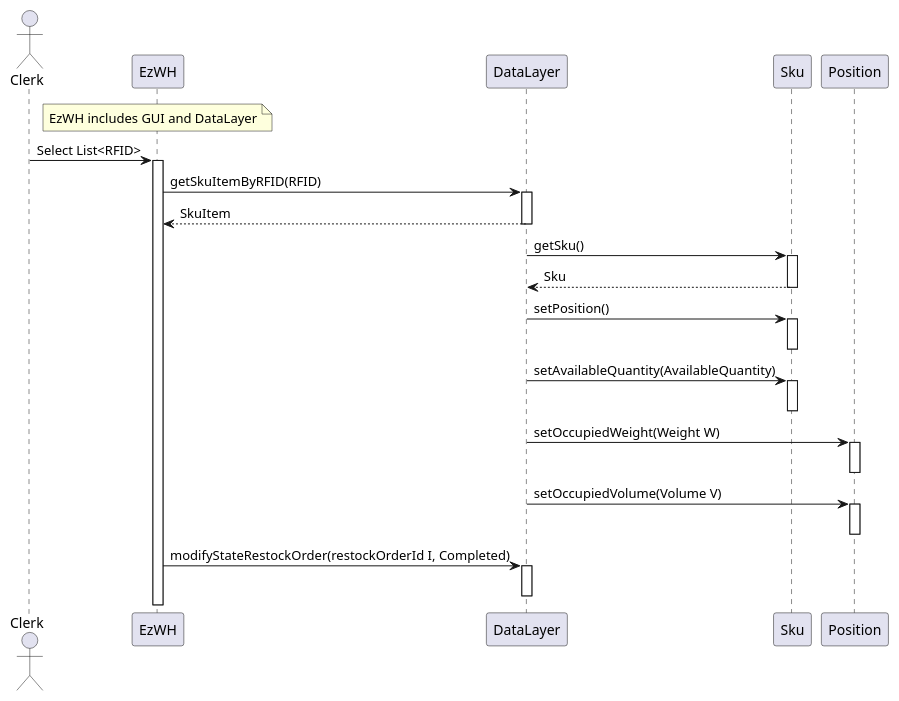
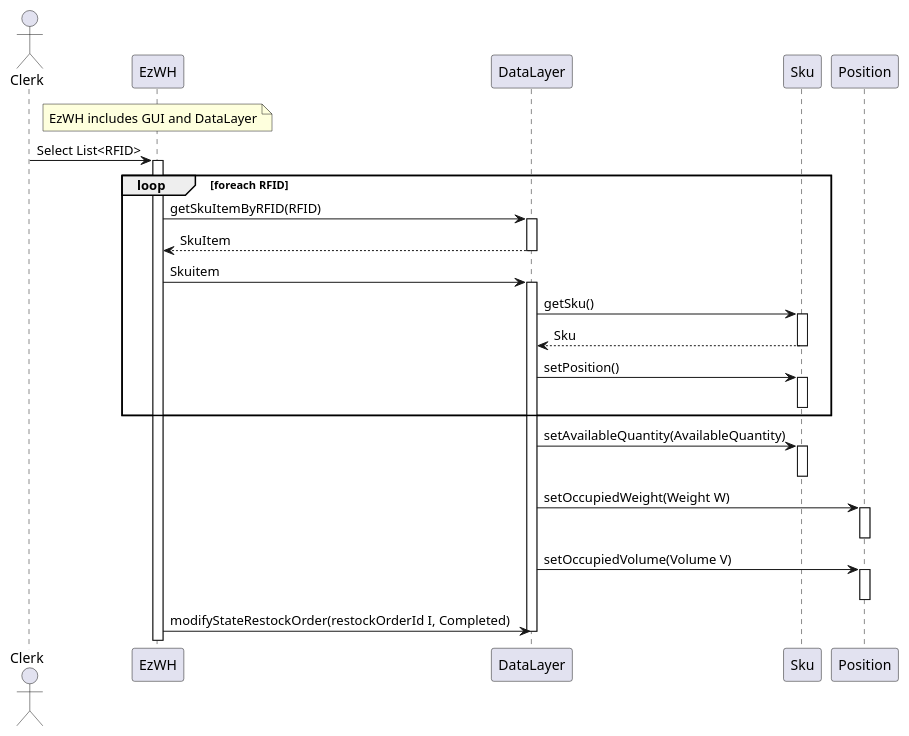
The fifth of 5 diagrams in DesignDocument.md (LucaFilippetti99/EzWh---Software-engineering-project), drawn with PlantUML before and after one commit.

Commit message:
modified scenario 5-3-1

````diff
--- a/DesignDocument.md
+++ b/DesignDocument.md
@@ -214,39 +214,46 @@
 ```plantuml
 
 actor Clerk
 note over EzWH : EzWH includes GUI and DataLayer
 Clerk -> EzWH : Select List<RFID> 
 activate EzWH
 
+loop foreach RFID
+
 EzWH -> DataLayer : getSkuItemByRFID(RFID)
 activate DataLayer
 return  SkuItem
 
+EzWH -> DataLayer : Skuitem
+activate DataLayer
 DataLayer -> Sku : getSku()
 activate Sku
 return  Sku
 
 DataLayer -> Sku : setPosition()
 activate Sku
 deactivate Sku
 
+end
+
 DataLayer -> Sku : setAvailableQuantity(AvailableQuantity)
 activate Sku
 deactivate Sku
+
+
 
 DataLayer -> Position : setOccupiedWeight(Weight W)
 activate Position
 deactivate Position
 
 DataLayer -> Position : setOccupiedVolume(Volume V)
 activate Position
 deactivate Position
   
 
 EzWH -> DataLayer :  modifyStateRestockOrder(restockOrderId I, Completed) 
-activate DataLayer
 deactivate DataLayer
 
 
 
 ```
````
